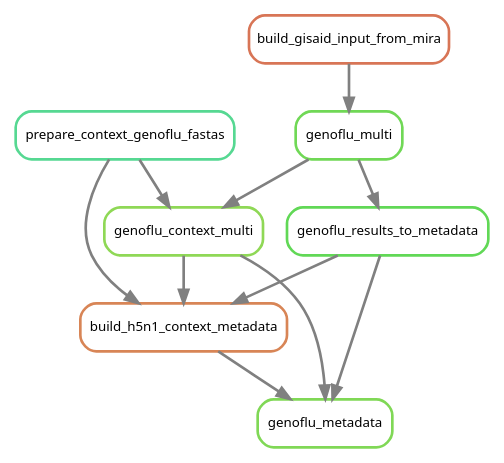
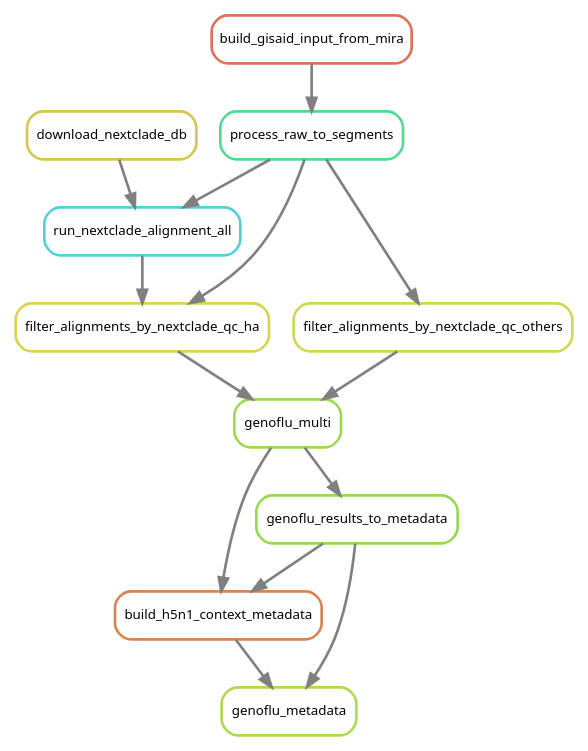
Before and after one commit to Sebysemily/Flu: the diagram in analysis/pipeline_all_pipeline_options_rulegraph.dot, drawn with Graphviz. The commit also changed 132 other files, not shown here.

```diff
--- a/analysis/pipeline_all_pipeline_options_rulegraph.dot
+++ b/analysis/pipeline_all_pipeline_options_rulegraph.dot
@@ -1,22 +1,28 @@
 digraph snakemake_dag {
     graph[bgcolor=white, margin=0];
     node[shape=box, style=rounded, fontname=sans,                 fontsize=10, penwidth=2];
     edge[penwidth=2, color=grey];
-	0[label = "genoflu_metadata", color = "0.28 0.6 0.85", style="rounded"];
+	0[label = "genoflu_metadata", color = "0.22 0.6 0.85", style="rounded"];
 	1[label = "build_h5n1_context_metadata", color = "0.06 0.6 0.85", style="rounded"];
-	2[label = "genoflu_context_multi", color = "0.26 0.6 0.85", style="rounded"];
-	3[label = "prepare_context_genoflu_fastas", color = "0.41 0.6 0.85", style="rounded"];
-	4[label = "genoflu_multi", color = "0.30 0.6 0.85", style="rounded"];
+	2[label = "genoflu_multi", color = "0.24 0.6 0.85", style="rounded"];
+	3[label = "filter_alignments_by_nextclade_qc_others", color = "0.18 0.6 0.85", style="rounded"];
+	4[label = "process_raw_to_segments", color = "0.41 0.6 0.85", style="rounded"];
 	5[label = "build_gisaid_input_from_mira", color = "0.04 0.6 0.85", style="rounded"];
-	6[label = "genoflu_results_to_metadata", color = "0.32 0.6 0.85", style="rounded"];
-	2 -> 0
+	6[label = "filter_alignments_by_nextclade_qc_ha", color = "0.16 0.6 0.85", style="rounded"];
+	7[label = "run_nextclade_alignment_all", color = "0.51 0.6 0.85", style="rounded"];
+	8[label = "download_nextclade_db", color = "0.14 0.6 0.85", style="rounded"];
+	9[label = "genoflu_results_to_metadata", color = "0.25 0.6 0.85", style="rounded"];
 	1 -> 0
-	6 -> 0
-	3 -> 1
+	9 -> 0
 	2 -> 1
-	6 -> 1
+	9 -> 1
+	6 -> 2
 	3 -> 2
-	4 -> 2
+	4 -> 3
 	5 -> 4
+	7 -> 6
 	4 -> 6
+	8 -> 7
+	4 -> 7
+	2 -> 9
 }            
```
